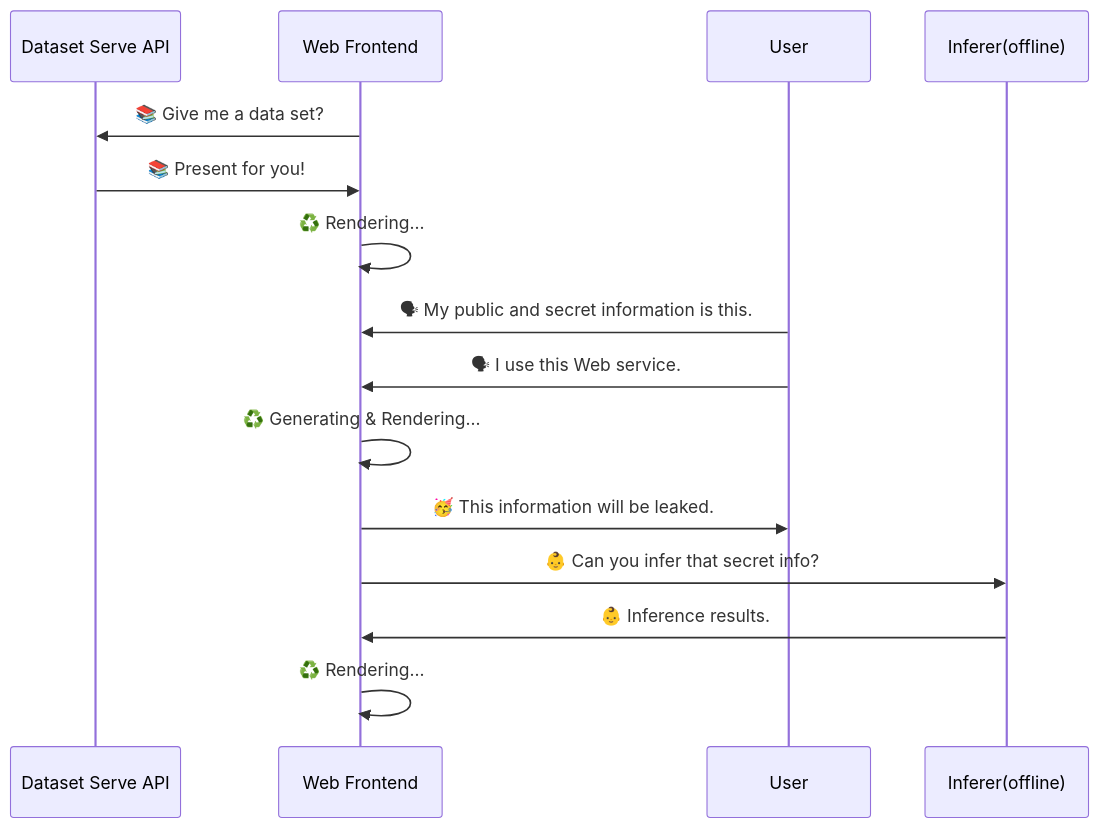
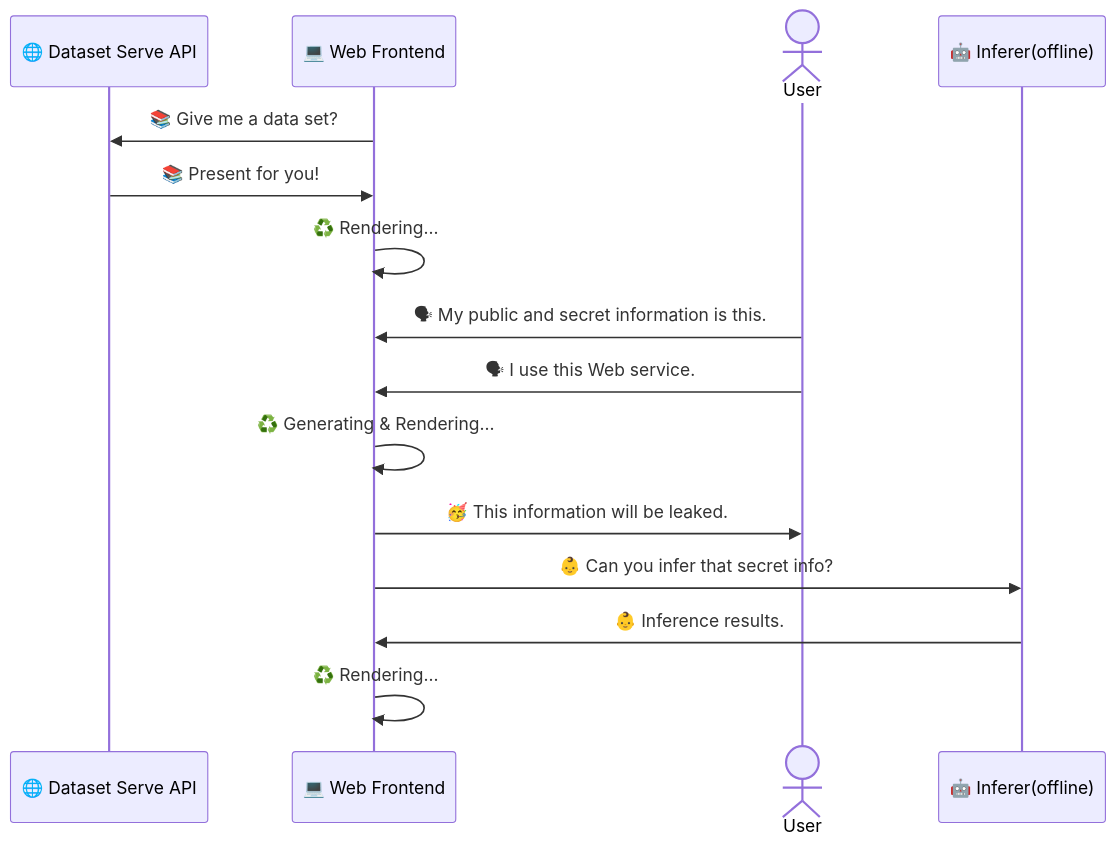
The diagram in README.md (xryuseix/LeftoverFood), drawn with Mermaid before and after one commit.

Commit message:
docs: Userをparticipantからactorに変更

````diff
--- a/README.md
+++ b/README.md
@@ -7,18 +7,18 @@
 ```mermaid
 sequenceDiagram
-    participant API as Dataset Serve API
-    participant Front as Web Frontend
-    participant User as User
-    participant Inferer as Inferer(offline)
+    participant API as 🌐 Dataset Serve API
+    participant Front as 💻 Web Frontend
+    actor User as User
+    participant Inferer as 🤖 Inferer(offline)
 
     Front->>API: 📚 Give me a data set?
     API->>Front: 📚 Present for you!
     Front->>Front: ♻️ Rendering...
     User->>Front: 🗣 My public and secret information is this.
     User->>Front: 🗣 I use this Web service.
     Front->>Front: ♻️ Generating & Rendering...
     Front->>User: 🥳 This information will be leaked.
     Front->>Inferer: 👶 Can you infer that secret info?
     Inferer->>Front: 👶 Inference results.
     Front->>Front: ♻️ Rendering...
 ```
````
